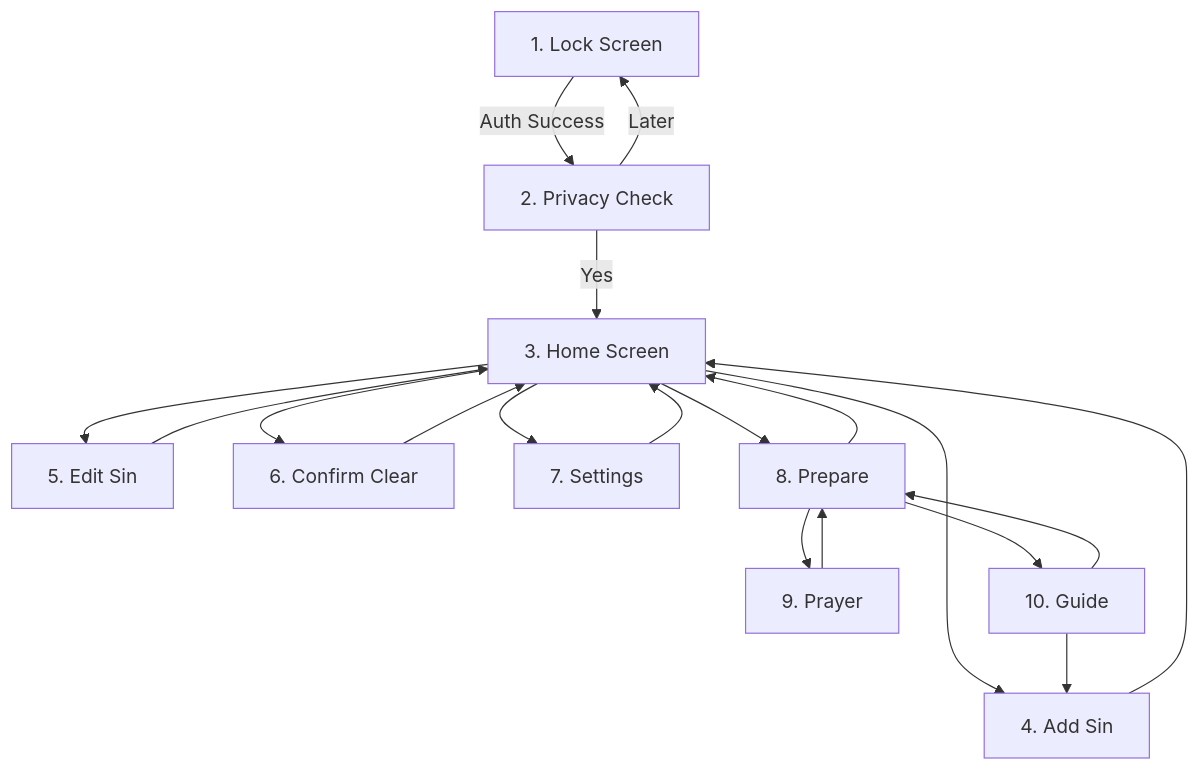
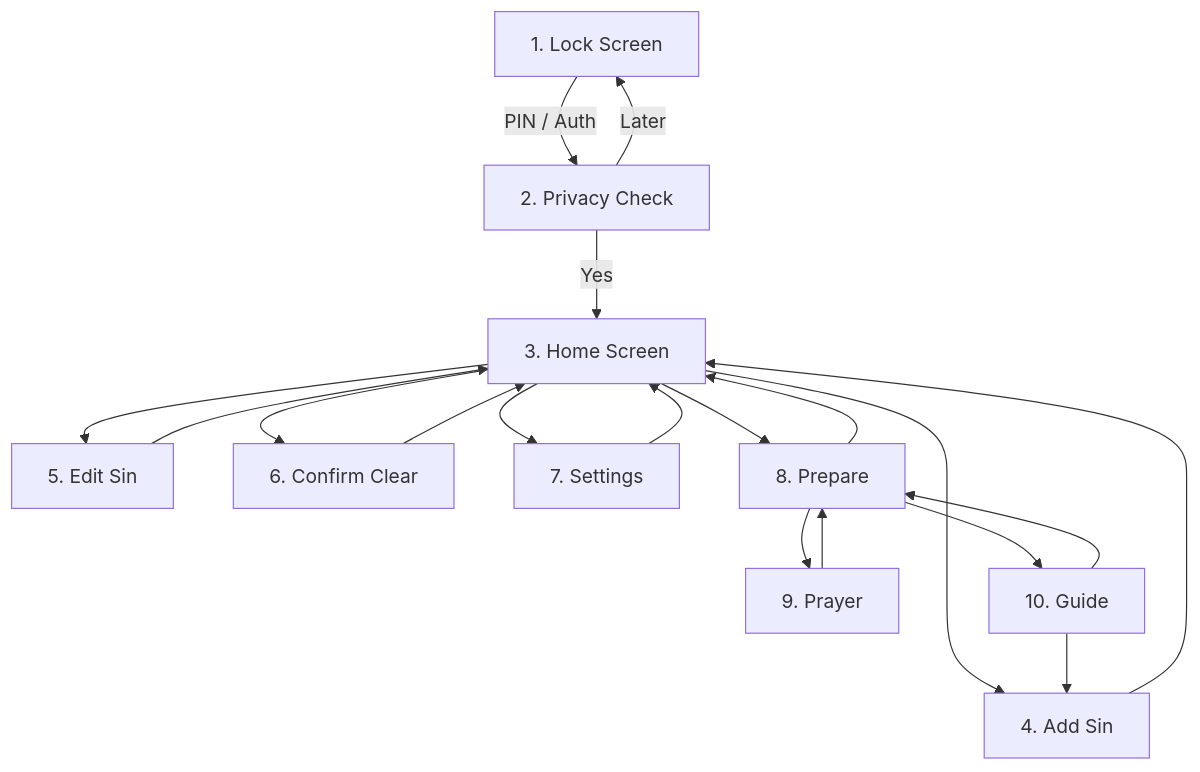
One commit to ansumiriam/kneel changed the diagram in docs/SCREENS.md. Above: the diagram before and after it, drawn with Mermaid. The commit also changed other lines of this file and 6 other files, not shown here.

````diff
--- a/docs/SCREENS.md
+++ b/docs/SCREENS.md
@@ -9,16 +9,16 @@
 ```mermaid
 graph TD
-    A[1. Lock Screen] -->|Auth Success| B[2. Privacy Check]
+    A[1. Lock Screen] -->|PIN / Auth| B[2. Privacy Check]
     B -->|Yes| C[3. Home Screen]
     B -->|Later| A
     C --> D[4. Add Sin]
     C --> E[5. Edit Sin]
     C --> F[6. Confirm Clear]
     C --> G[7. Settings]
     C --> H[8. Prepare]
     H --> I[9. Prayer]
     H --> J[10. Guide]
     D & E & F & G & H --> C
     J --> D
     I & J --> H
 ```
````
